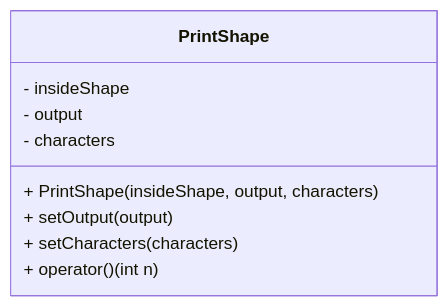
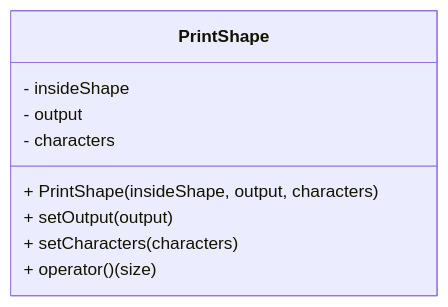
Before and after one commit to bosornd/shape-printer: the diagram in README.md, drawn with Mermaid.

Commit message:
4_output_extension

````diff
--- a/README.md
+++ b/README.md
@@ -6,12 +6,12 @@
 ```mermaid
 classDiagram
   class PrintShape {
     - insideShape
     - output
     - characters
     + PrintShape(insideShape, output, characters)
     + setOutput(output)
     + setCharacters(characters)
-    + operator()(int n)
+    + operator()(size)
   }
 ```
````
